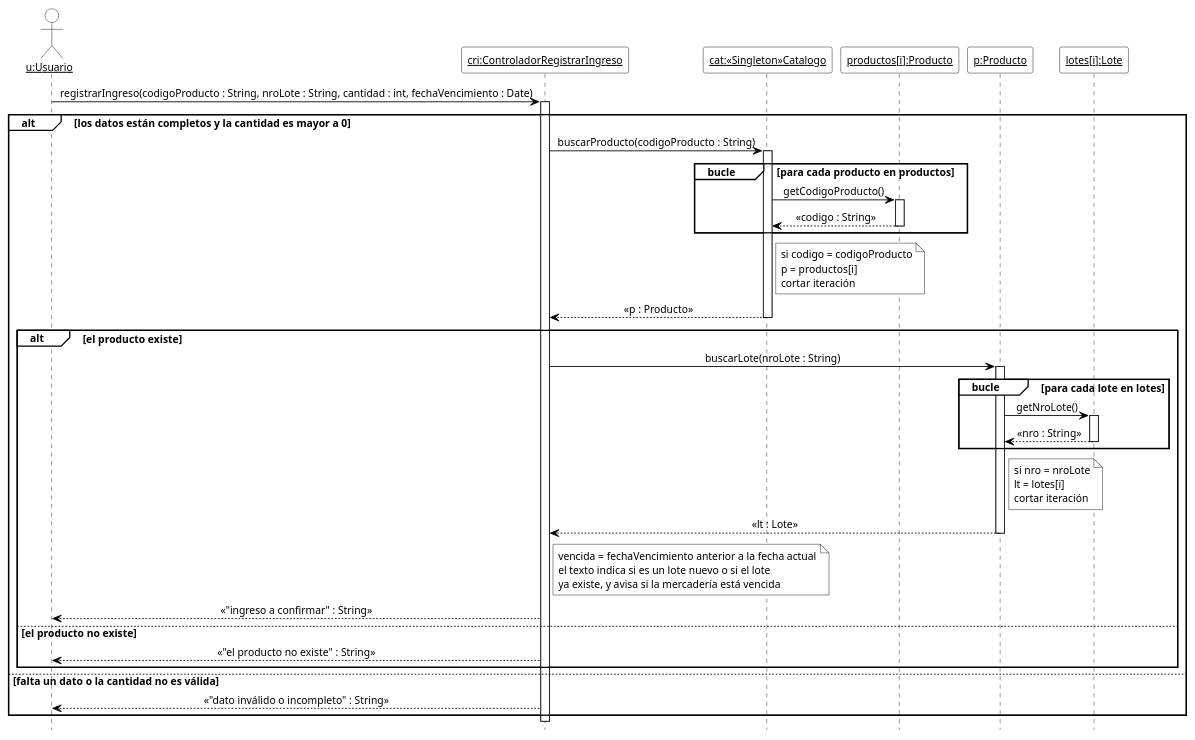
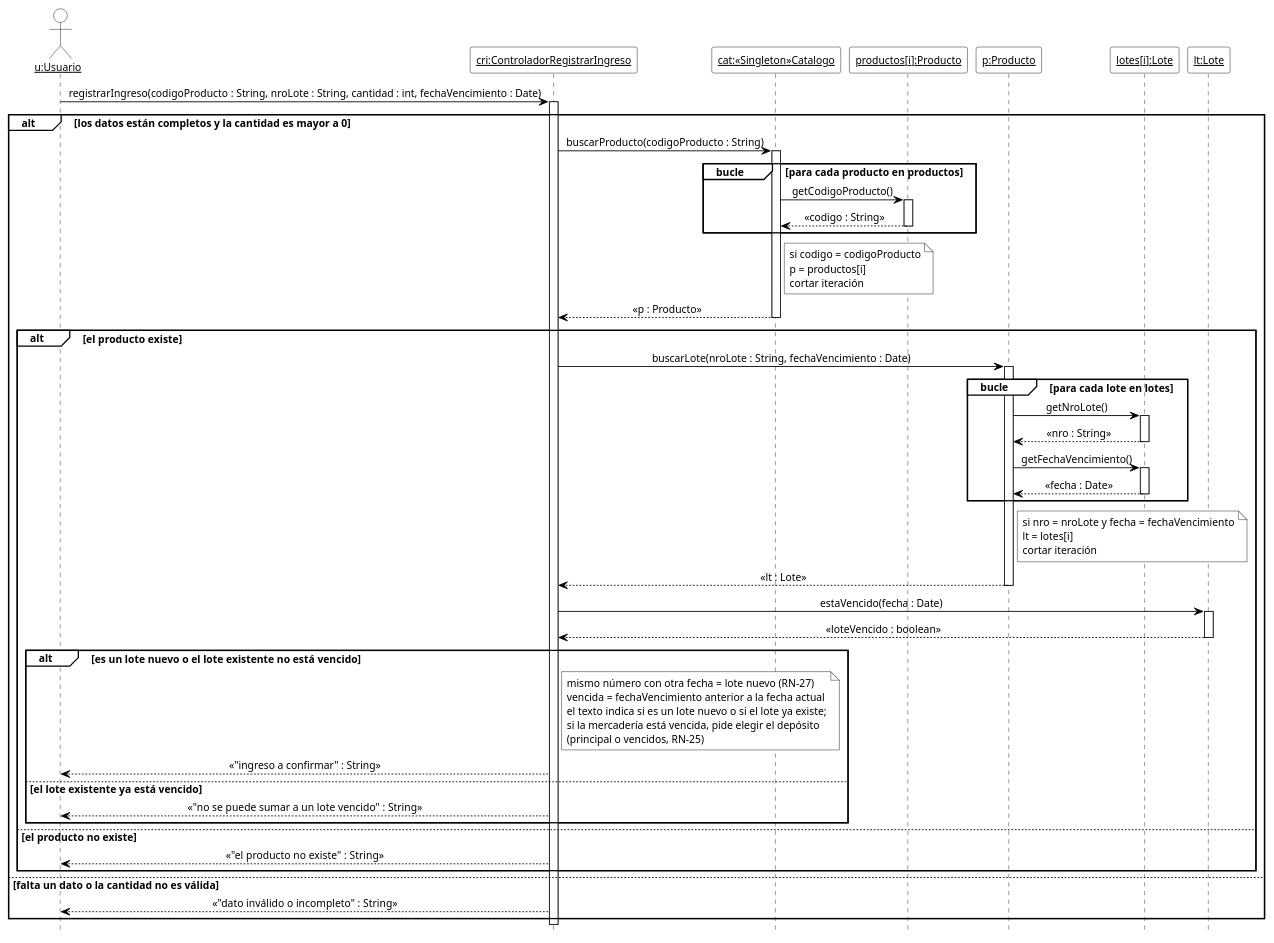
One commit to cirotop/Stock-Project changed the diagram in 08-Diagrama De Secuencia/DSD_CU-05_registrarIngreso.puml. Above: the diagram before and after it, drawn with PlantUML. The commit also changed 26 other files, not shown here.

```diff
--- a/08-Diagrama De Secuencia/DSD_CU-05_registrarIngreso.puml
+++ b/08-Diagrama De Secuencia/DSD_CU-05_registrarIngreso.puml
@@ -1,70 +1,81 @@
 @startuml DSD_CU-05_registrarIngreso
 ' Diagrama de Secuencia de Diseño (DSD) - CU-05 Registrar ingreso de mercadería - registrarIngreso
 ' Estilo de los ejemplos de la teoría (introducirArticulo / crearNuevaVenta).
 hide footbox
 skinparam shadowing false
 skinparam defaultFontName Arial
 skinparam defaultFontSize 12
 skinparam sequenceMessageAlign center
 skinparam ArrowColor black
 skinparam ParticipantBackgroundColor white
 skinparam ParticipantBorderColor black
 skinparam CollectionsBackgroundColor white
 skinparam CollectionsBorderColor black
 skinparam ActorBackgroundColor white
 skinparam ActorBorderColor black
 skinparam LifeLineBorderColor black
 skinparam LifeLineBackgroundColor white
 skinparam SequenceGroupBackgroundColor white
 skinparam SequenceGroupBorderColor black
 skinparam SequenceGroupHeaderFontColor black
 skinparam NoteBackgroundColor white
 skinparam NoteBorderColor black
 
 actor "<u>u:Usuario</u>" as u
 participant "<u>cri:ControladorRegistrarIngreso</u>" as cri
 participant "<u>cat:«Singleton»Catalogo</u>" as cat
 participant "<u>productos[i]:Producto</u>" as pi
 participant "<u>p:Producto</u>" as p
 participant "<u>lotes[i]:Lote</u>" as li
+participant "<u>lt:Lote</u>" as lt
 
 u -> cri ++ : registrarIngreso(codigoProducto : String, nroLote : String, cantidad : int, fechaVencimiento : Date)
 alt los datos están completos y la cantidad es mayor a 0
   cri -> cat ++ : buscarProducto(codigoProducto : String)
   group bucle [para cada producto en productos]
     cat -> pi ++ : getCodigoProducto()
     pi --> cat -- : «codigo : String»
   end
   note right of cat
     si codigo = codigoProducto
     p = productos[i]
     cortar iteración
   end note
   cat --> cri -- : «p : Producto»
   alt el producto existe
-    cri -> p ++ : buscarLote(nroLote : String)
+    cri -> p ++ : buscarLote(nroLote : String, fechaVencimiento : Date)
     group bucle [para cada lote en lotes]
       p -> li ++ : getNroLote()
       li --> p -- : «nro : String»
+      p -> li ++ : getFechaVencimiento()
+      li --> p -- : «fecha : Date»
     end
     note right of p
-      si nro = nroLote
+      si nro = nroLote y fecha = fechaVencimiento
       lt = lotes[i]
       cortar iteración
     end note
     p --> cri -- : «lt : Lote»
-    note right of cri
-      vencida = fechaVencimiento anterior a la fecha actual
-      el texto indica si es un lote nuevo o si el lote
-      ya existe, y avisa si la mercadería está vencida
-    end note
-    cri --> u : «"ingreso a confirmar" : String»
+    cri -> lt ++ : estaVencido(fecha : Date)
+    lt --> cri -- : «loteVencido : boolean»
+    alt es un lote nuevo o el lote existente no está vencido
+      note right of cri
+        mismo número con otra fecha = lote nuevo (RN-27)
+        vencida = fechaVencimiento anterior a la fecha actual
+        el texto indica si es un lote nuevo o si el lote ya existe;
+        si la mercadería está vencida, pide elegir el depósito
+        (principal o vencidos, RN-25)
+      end note
+      cri --> u : «"ingreso a confirmar" : String»
+    else el lote existente ya está vencido
+      cri --> u : «"no se puede sumar a un lote vencido" : String»
+    end
   else el producto no existe
     cri --> u : «"el producto no existe" : String»
   end
 else falta un dato o la cantidad no es válida
   cri --> u : «"dato inválido o incompleto" : String»
 end
 deactivate cri
 
 @enduml
```
